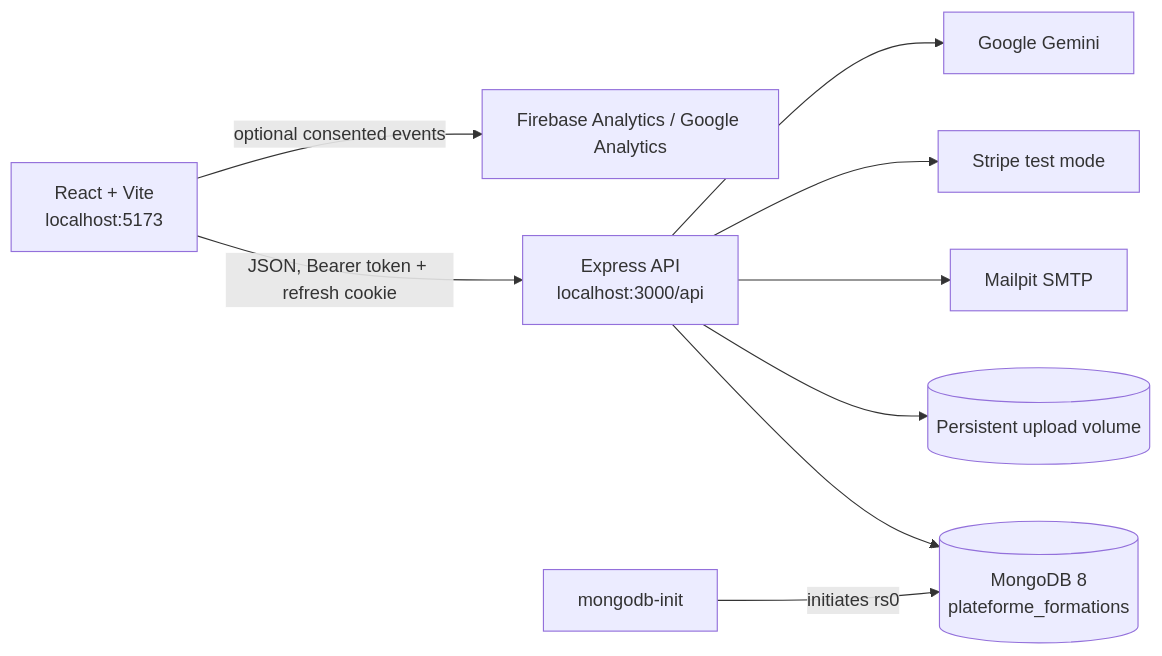
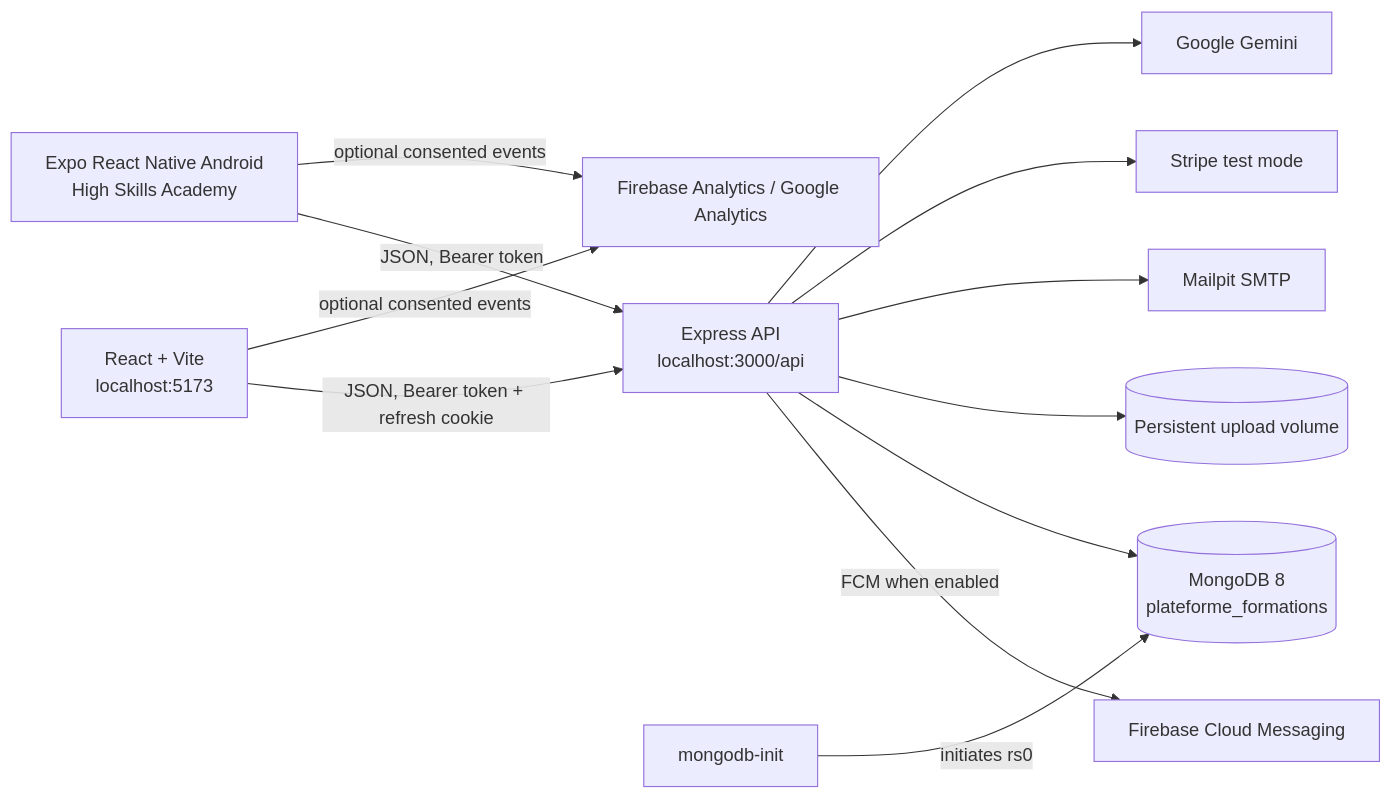
Before and after one commit to adambsr/Plateforme_Formations: the diagram in README.md, drawn with Mermaid. The commit also changed other lines of this file and 15 other files, not shown here.

Commit message:
Fixed package-lock.json and updated documentation to reflect the new architecture. Removed outdated AI-related documents and added new architecture documents for mobile and web platforms.

````diff
--- a/README.md
+++ b/README.md
@@ -27,11 +28,14 @@
 ```mermaid
 flowchart LR
   Browser[React + Vite\nlocalhost:5173] -->|JSON, Bearer token + refresh cookie| API[Express API\nlocalhost:3000/api]
   Browser -->|optional consented events| Firebase[Firebase Analytics / Google Analytics]
+  Mobile[Expo React Native Android\nHigh Skills Academy] -->|JSON, Bearer token| API
+  Mobile -->|optional consented events| Firebase
+  API -->|FCM when enabled| FirebaseMessaging[Firebase Cloud Messaging]
   API --> Mongo[(MongoDB 8\nplateforme_formations)]
   API --> Files[(Persistent upload volume)]
   API --> Mailpit[Mailpit SMTP]
   API --> Stripe[Stripe test mode]
   API --> Gemini[Google Gemini]
   Init[mongodb-init] -->|initiates rs0| Mongo
 ```
````
